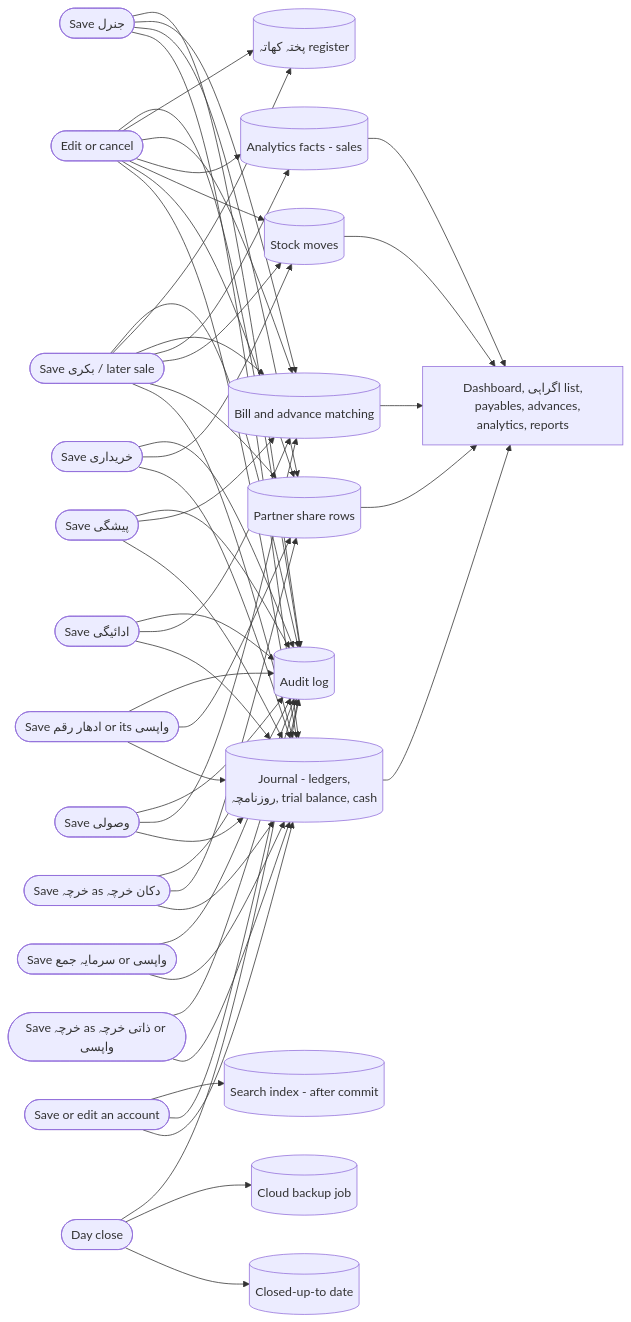
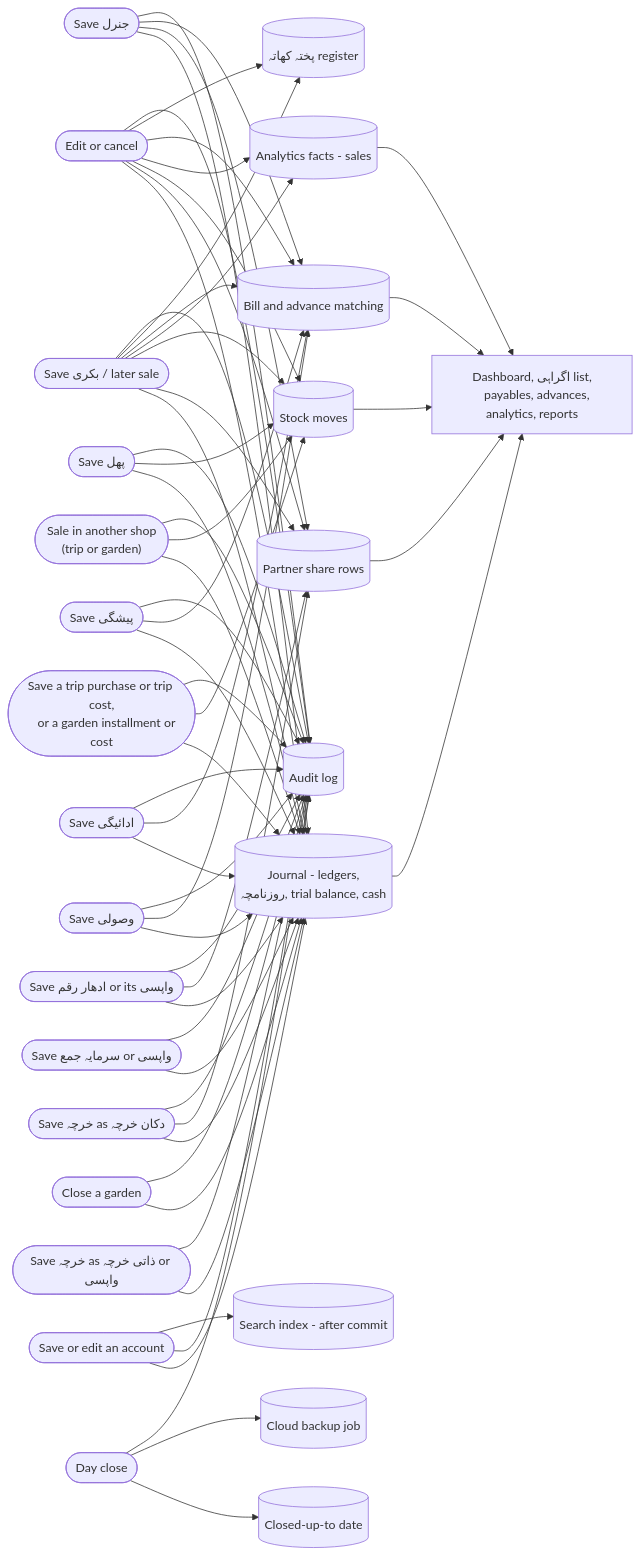
Before and after one commit to FaisalHanif12/Fruits-Mandi-Software: the seventh of 26 diagrams in .claude/rules/Architecture_v1.md, drawn with Mermaid. The commit also changed other lines of this file and 17 other files, not shown here.

````diff
--- a/.claude/rules/Architecture_v1.md
+++ b/.claude/rules/Architecture_v1.md
@@ -257,44 +263,52 @@
 ```mermaid
 flowchart LR
     SAVE_BIKRI(["Save بکری / later sale"])
     EDIT(["Edit or cancel"])
     SAVE_REC(["Save وصولی"])
     SAVE_PAY(["Save ادائیگی"])
     SAVE_ADV(["Save پیشگی"])
     SAVE_SHOP(["Save خرچہ as دکان خرچہ"])
     SAVE_PERS(["Save خرچہ as ذاتی خرچہ or واپسی"])
     SAVE_LENT(["Save ادھار رقم or its واپسی"])
-    SAVE_PUR(["Save خریداری"])
+    SAVE_PUR(["Save a trip purchase or trip cost,
+    or a garden installment or cost"])
+    SAVE_OTHER(["Sale in another shop
+    (trip or garden)"])
+    SAVE_GCLOSE(["Close a garden"])
+    SAVE_FRUIT(["Save پھل"])
     SAVE_CAP(["Save سرمایہ جمع or واپسی"])
     SAVE_GEN(["Save جنرل"])
     DAYC(["Day close"])
 
     JRN[("Journal - ledgers,
     روزنامچہ, trial balance, cash")]
     SPLIT[("Partner share rows")]
     STOCK[("Stock moves")]
     FACTS[("Analytics facts - sales")]
     MATCH[("Bill and advance matching")]
     PUKHTA[("پختہ کھاتہ register")]
     AUD[("Audit log")]
     DAYS[("Closed-up-to date")]
     BACKUP[("Cloud backup job")]
     DASHV["Dashboard, اگراہی list,
     payables, advances, analytics, reports"]
 
     SAVE_BIKRI --> JRN & SPLIT & STOCK & FACTS & MATCH & PUKHTA & AUD
     EDIT --> JRN & SPLIT & STOCK & FACTS & MATCH & PUKHTA & AUD
     SAVE_REC --> JRN & MATCH & AUD
     SAVE_PAY --> JRN & MATCH & AUD
     SAVE_ADV --> JRN & MATCH & AUD
     SAVE_SHOP --> JRN & SPLIT & AUD
     SAVE_PERS --> JRN & AUD
     SAVE_LENT --> JRN & SPLIT & AUD
     SAVE_PUR --> JRN & STOCK & AUD
+    SAVE_OTHER --> JRN & STOCK & AUD
+    SAVE_GCLOSE --> JRN & AUD
+    SAVE_FRUIT --> JRN & STOCK & AUD
     SAVE_CAP --> JRN & AUD
     SAVE_GEN --> JRN & SPLIT & MATCH & AUD
     SAVE_ACC(["Save or edit an account"]) --> JRN & AUD & SIDX[("Search index - after commit")]
     DAYC --> DAYS & BACKUP & AUD
 
     JRN & SPLIT & STOCK & FACTS & MATCH --> DASHV
 ```
````
